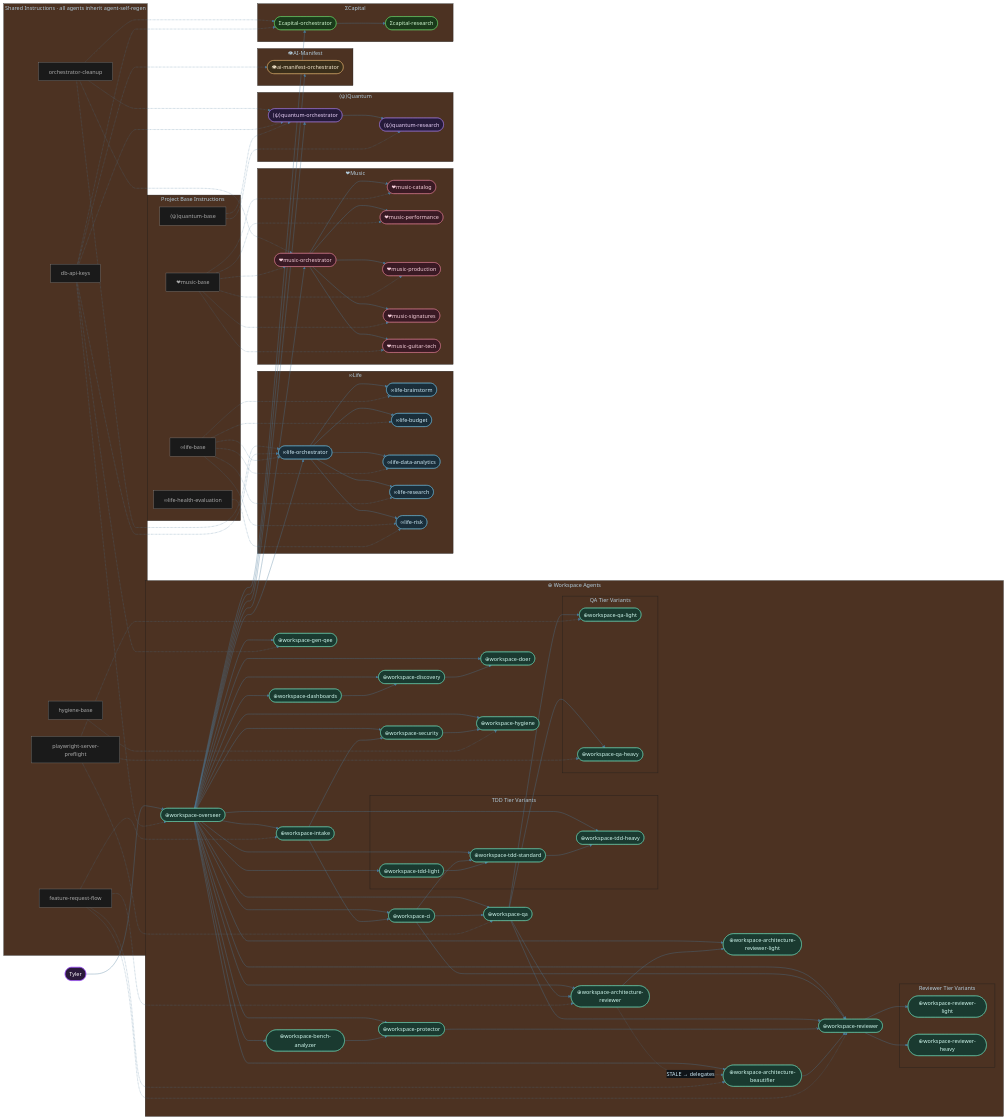
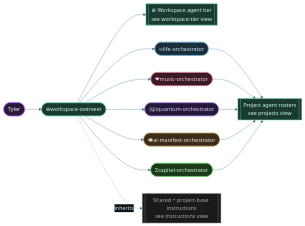
The diagram in diagrams/workspace-agent-topology.mmd (tylerdrakemusic/-Workspace), drawn with Mermaid before and after one commit. The commit also changed 17 other files, not shown here.

First line of the commit message:
feat(diagrams): split oversized Workspace architecture views into bounded traceable derived views (TODO 644)

```diff
--- a/diagrams/workspace-agent-topology.mmd
+++ b/diagrams/workspace-agent-topology.mmd
@@ -1,147 +1,26 @@
 %%{init: {'theme': 'base', 'themeVariables': {'primaryColor': '#1a2e3a', 'primaryTextColor': '#d0ecf8', 'edgeLabelBackground': '#0f1318', 'lineColor': '#4a7a9a'}}}%%
-%% Agent inventory contract: every .github/agents/*.agent.md stem is represented below.
+%% Agent inventory contract: every .github/agents/*.agent.md stem is represented across this
+%% orientation parent and its derived views (workspace-tier, projects, instructions).
 %% Agent stems: ⊕workspace-architecture-beautifier, ⊕workspace-architecture-reviewer, ⊕workspace-architecture-reviewer-light, ⊕workspace-bench-analyzer, ⊕workspace-ci, ⊕workspace-dashboards, ⊕workspace-discovery, ⊕workspace-doer, ⊕workspace-gen-qee, ⊕workspace-hygiene, ⊕workspace-intake, ⊕workspace-overseer, ⊕workspace-protector, ⊕workspace-qa-heavy, ⊕workspace-qa-light, ⊕workspace-qa, ⊕workspace-reviewer-heavy, ⊕workspace-reviewer-light, ⊕workspace-reviewer, ⊕workspace-security, ⊕workspace-tdd-heavy, ⊕workspace-tdd-light, ⊕workspace-tdd-standard
+%% Derived views: workspace-agent-topology-workspace-tier.mmd, workspace-agent-topology-projects.mmd, workspace-agent-topology-instructions.mmd
 graph LR
-    Tyler([Tyler]) --> Overseer
+    Tyler([Tyler]) --> Overseer(["⊕workspace-overseer"]):::ws
+    Overseer --> WSTier[["⊕ Workspace agent tier<br/>see workspace-tier view"]]:::ws
+    Overseer --> LifeOrch(["∞life-orchestrator"]):::life & MusicOrch(["❤music-orchestrator"]):::music & QuantumOrch(["⟨ψ⟩quantum-orchestrator"]):::quantum & ManifestOrch(["👁ai-manifest-orchestrator"]):::manifest & CapitalOrch(["Σcapital-orchestrator"]):::capital
+    LifeOrch --> Rosters[["Project agent rosters<br/>see projects view"]]:::ws
+    MusicOrch --> Rosters
+    QuantumOrch --> Rosters
+    ManifestOrch --> Rosters
+    CapitalOrch --> Rosters
+    Overseer -.->|inherits| Instr[["Shared + project-base instructions<br/>see instructions view"]]:::instr
 
-    subgraph WS["⊕ Workspace Agents"]
-        Overseer(["⊕workspace-overseer"])
-        Intake(["⊕workspace-intake"])
-        CI(["⊕workspace-ci"])
-        Reviewer(["⊕workspace-reviewer"])
-        Doer(["⊕workspace-doer"])
-        Security(["⊕workspace-security"])
-        Hygiene(["⊕workspace-hygiene"])
-        ArchRev(["⊕workspace-architecture-reviewer"])
-        ArchRevLight(["⊕workspace-architecture-reviewer-light"])
-        ArchBeaut(["⊕workspace-architecture-beautifier"])
-        GenQEE(["⊕workspace-gen-qee"])
-        Discovery(["⊕workspace-discovery"])
-        Dashboards(["⊕workspace-dashboards"])
-        BenchAnalyzer(["⊕workspace-bench-analyzer"])
-        Protector(["⊕workspace-protector"])
-        QA(["⊕workspace-qa"])
-        subgraph TDD_TIER["TDD Tier Variants"]
-            TDDLight(["⊕workspace-tdd-light"])
-            TDDStd(["⊕workspace-tdd-standard"])
-            TDDHeavy(["⊕workspace-tdd-heavy"])
-        end
-        subgraph QA_TIER["QA Tier Variants"]
-            QALight(["⊕workspace-qa-light"])
-            QAHeavy(["⊕workspace-qa-heavy"])
-        end
-        subgraph REV_TIER["Reviewer Tier Variants"]
-            ReviewerLight(["⊕workspace-reviewer-light"])
-            ReviewerHeavy(["⊕workspace-reviewer-heavy"])
-        end
-    end
-
-    subgraph LIFE["∞Life"]
-        LifeOrch(["∞life-orchestrator"])
-        LifeBrainstorm(["∞life-brainstorm"])
-        LifeBudget(["∞life-budget"])
-        LifeDA(["∞life-data-analytics"])
-        LifeResearch(["∞life-research"])
-        LifeRisk(["∞life-risk"])
-    end
-
-    subgraph MUSIC["❤Music"]
-        MusicOrch(["❤music-orchestrator"])
-        MusicCatalog(["❤music-catalog"])
-        MusicPerf(["❤music-performance"])
-        MusicProd(["❤music-production"])
-        MusicSig(["❤music-signatures"])
-        MusicGuitarTech(["❤music-guitar-tech"])
-    end
-
-    subgraph QUANTUM["⟨ψ⟩Quantum"]
-        QuantumOrch(["⟨ψ⟩quantum-orchestrator"])
-        QuantumResearch(["⟨ψ⟩quantum-research"])
-    end
-
-    subgraph MANIFEST["👁AI-Manifest"]
-        ManifestOrch(["👁ai-manifest-orchestrator"])
-    end
-
-    subgraph CAPITAL["ΣCapital"]
-        CapitalOrch(["Σcapital-orchestrator"])
-        CapitalResearch(["Σcapital-research"])
-    end
-
-    subgraph INSTR["Shared Instructions · all agents inherit agent-self-regen"]
-        FRFlow["feature-request-flow"]
-        HygBase["hygiene-base"]
-        OrcClean["orchestrator-cleanup"]
-        DbKeys["db-api-keys"]
-        PlayPreflight["playwright-server-preflight"]
-    end
-
-    subgraph PINSTR["Project Base Instructions"]
-        LifeBase["∞life-base"]
-        HealthEval["∞life-health-evaluation"]
-        MusicBase["❤music-base"]
-        QuantumBase["⟨ψ⟩quantum-base"]
-    end
-
-    %% ── Overseer routing ──
-    Overseer --> Intake & CI & Reviewer & Doer & Security
-    Overseer --> Hygiene & ArchRev & ArchBeaut & GenQEE & Discovery
-    Overseer --> ArchRevLight
-    Overseer --> Dashboards & BenchAnalyzer & Protector & QA
-    Overseer --> LifeOrch & MusicOrch & QuantumOrch & ManifestOrch & CapitalOrch
-    Overseer --> TDDLight & TDDStd & TDDHeavy
-    Intake --> CI & Security
-    CI --> TDDStd & QA & Reviewer
-    Security --> Hygiene
-    QA --> Reviewer & ArchRev
-    Dashboards --> Discovery
-    Discovery --> Doer
-    BenchAnalyzer --> Protector
-    Protector --> Reviewer
-    TDDLight --> TDDStd
-    TDDStd --> TDDHeavy
-    ArchRev -.->|STALE → delegates| ArchBeaut
-    ArchRev --> ArchRevLight
-    ArchBeaut --> Reviewer
-    QA --> QALight & QAHeavy
-    Reviewer --> ReviewerLight & ReviewerHeavy
-
-    %% ── Project routing ──
-    LifeOrch --> LifeBrainstorm & LifeBudget & LifeDA & LifeResearch & LifeRisk
-    MusicOrch --> MusicCatalog & MusicPerf & MusicProd & MusicSig & MusicGuitarTech
-    QuantumOrch --> QuantumResearch
-    CapitalOrch --> CapitalResearch
-
-    %% ── Instruction inheritance (dashed) ──
-    FRFlow -.-> Intake & Reviewer & ArchRev & ArchBeaut
-    HygBase -.-> Hygiene
-    OrcClean -.-> LifeOrch & MusicOrch & QuantumOrch & CapitalOrch
-    DbKeys -.-> Overseer & GenQEE & LifeOrch & QuantumOrch & ManifestOrch & CapitalOrch
-    PlayPreflight -.-> QA & QALight & QAHeavy
-
-    LifeBase -.-> LifeOrch & LifeBrainstorm & LifeBudget & LifeDA & LifeResearch & LifeRisk
-    HealthEval -.-> LifeRisk
-    MusicBase -.-> MusicOrch & MusicCatalog & MusicPerf & MusicProd & MusicSig & MusicGuitarTech
-    QuantumBase -.-> QuantumOrch & QuantumResearch
-
-    %% ── Class assignments ──
-    class Overseer,Intake,CI,Reviewer,Doer,Security,Hygiene,ArchRev,ArchRevLight,ArchBeaut ws
-    class GenQEE,Discovery,Dashboards,BenchAnalyzer,Protector,QA ws
-    class TDDLight,TDDStd,TDDHeavy,QALight,QAHeavy,ReviewerLight,ReviewerHeavy ws
-    class LifeOrch,LifeBrainstorm,LifeBudget,LifeDA,LifeResearch,LifeRisk life
-    class MusicOrch,MusicCatalog,MusicPerf,MusicProd,MusicSig,MusicGuitarTech music
-    class QuantumOrch,QuantumResearch quantum
-    class ManifestOrch manifest
-    class CapitalOrch capital
-    class CapitalResearch capital
-    class FRFlow,HygBase,OrcClean,DbKeys,PlayPreflight,LifeBase,HealthEval,MusicBase,QuantumBase instr
     class Tyler tyler
 
 classDef life     fill:#1a2e3a,stroke:#6ab4d4,color:#d0ecf8
 classDef music    fill:#3a1a24,stroke:#d47a8f,color:#f8d0dc
 classDef quantum  fill:#251a3a,stroke:#a07adf,color:#e8d0f8
 classDef manifest fill:#3a2e1a,stroke:#d4a96a,color:#f8ead0
 classDef capital  fill:#1a3a1a,stroke:#6ad46a,color:#d0f8d0
 classDef ws       fill:#1a3a30,stroke:#6ad4b4,color:#d0f8ee
 classDef tyler    fill:#2a1a3a,stroke:#9e4aff,color:#fff
 classDef instr    fill:#1a1a1a,stroke:#888,color:#aaa
```
